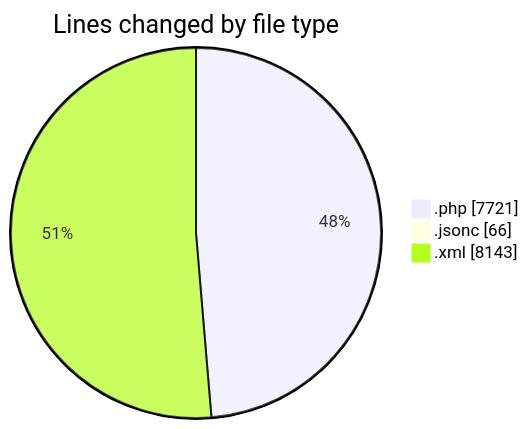
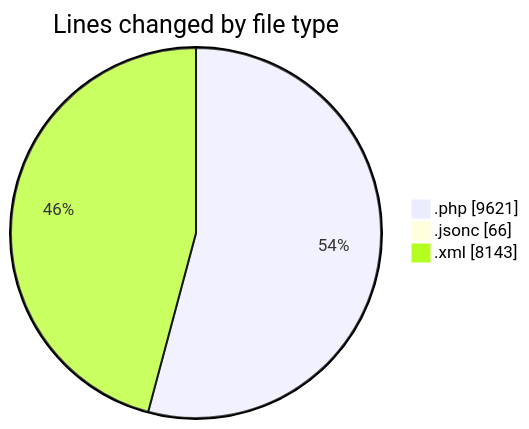
One commit to vahidmafi/code-tracking changed the first of 2 diagrams in 2025-09-06/shop/README.md. Above: the diagram before and after it, drawn with Mermaid. The commit also changed other lines of this file and 1 other file, not shown here.

````diff
--- a/2025-09-06/shop/README.md
+++ b/2025-09-06/shop/README.md
@@ -29,7 +30,7 @@
 ```mermaid
 pie showData
 title Lines changed by file type
-".php" : 7721
+".php" : 9621
 ".jsonc" : 66
 ".xml" : 8143
 ```
````
